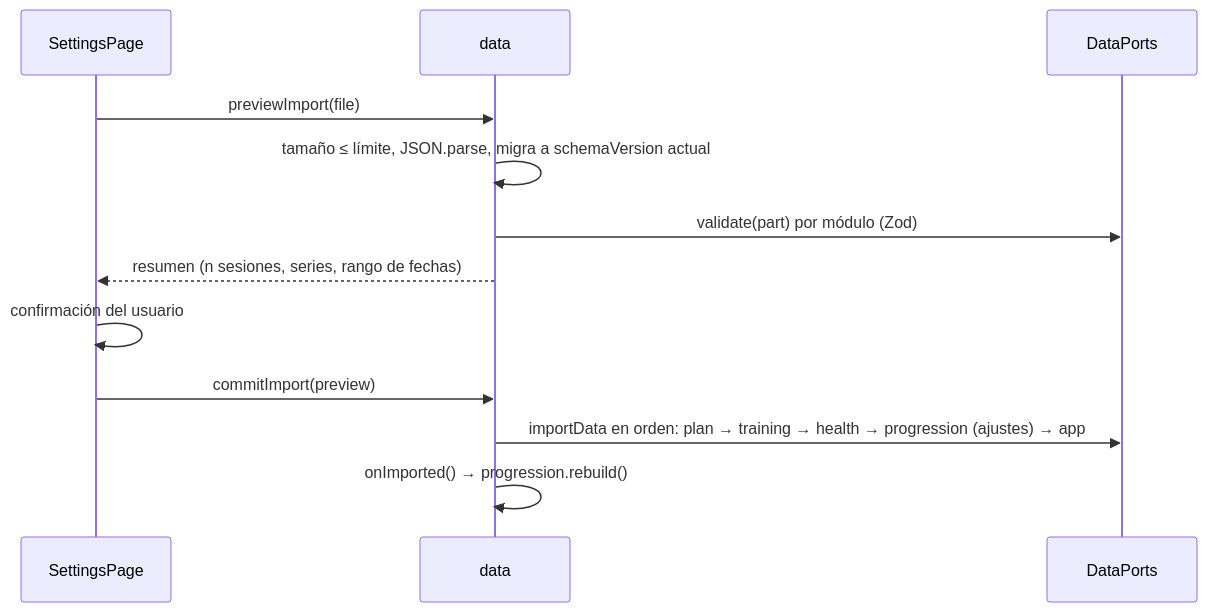
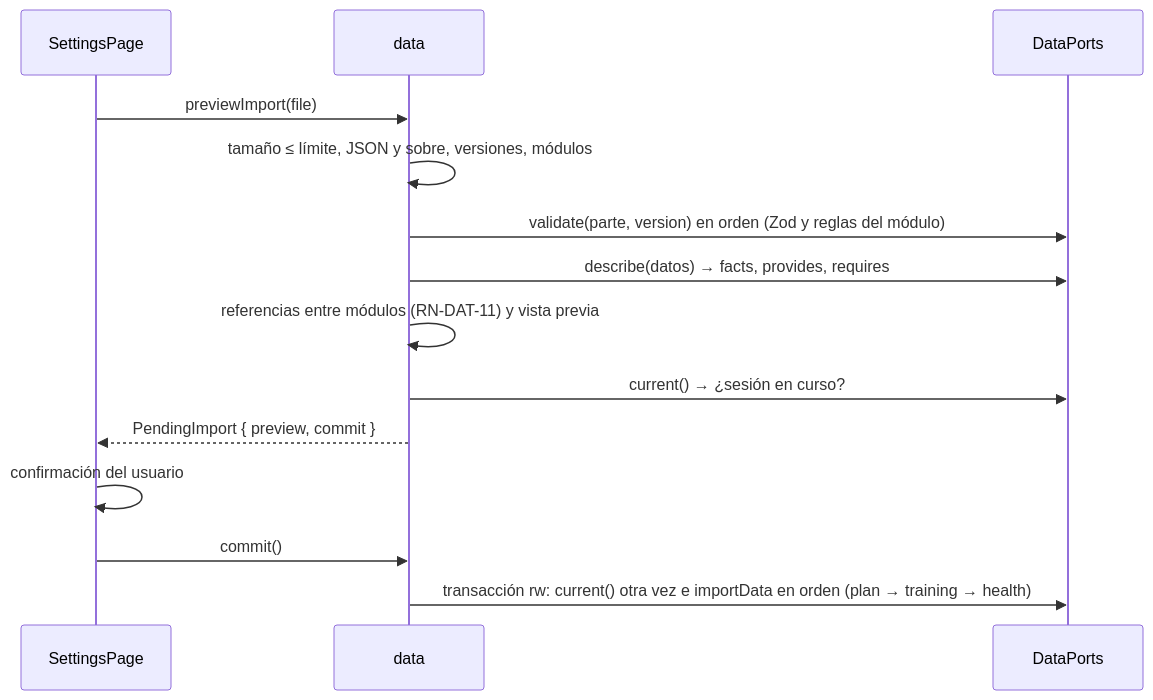
Before and after one commit to saulgmx/gym-app: the seventh of 8 diagrams in docs/architecture.md, drawn with Mermaid. The commit also changed other lines of this file and 7 other files, not shown here.

````diff
--- a/docs/architecture.md
+++ b/docs/architecture.md
@@ -212,14 +212,16 @@
 ```mermaid
 sequenceDiagram
   participant S as SettingsPage
   participant D as data
   participant Ports as DataPorts
   S->>D: previewImport(file)
-  D->>D: tamaño ≤ límite, JSON.parse, migra a schemaVersion actual
-  D->>Ports: validate(part) por módulo (Zod)
-  D-->>S: resumen (n sesiones, series, rango de fechas)
+  D->>D: tamaño ≤ límite, JSON y sobre, versiones, módulos
+  D->>Ports: validate(parte, version) en orden (Zod y reglas del módulo)
+  D->>Ports: describe(datos) → facts, provides, requires
+  D->>D: referencias entre módulos (RN-DAT-11) y vista previa
+  D->>Ports: current() → ¿sesión en curso?
+  D-->>S: PendingImport { preview, commit }
   S->>S: confirmación del usuario
-  S->>D: commitImport(preview)
-  D->>Ports: importData en orden: plan → training → health → progression (ajustes) → app
-  D->>D: onImported() → progression.rebuild()
+  S->>D: commit()
+  D->>Ports: transacción rw: current() otra vez e importData en orden (plan → training → health)
 ```
````
